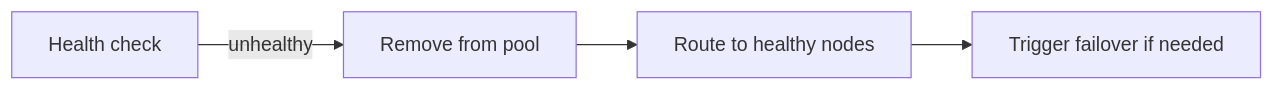
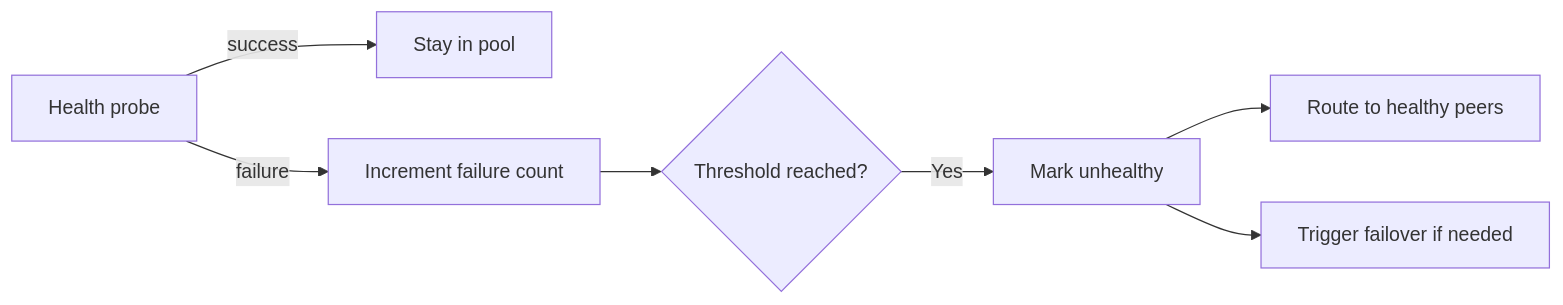
One commit to hareramcse/SystemDesign changed the sixth of 21 diagrams in 12-reliability-engineering/README.md. Above: the diagram before and after it, drawn with Mermaid. The commit also changed other lines of this file, not shown here.

````diff
--- a/12-reliability-engineering/README.md
+++ b/12-reliability-engineering/README.md
@@ -308,6 +221,9 @@
 ```mermaid
 flowchart LR
-    HC[Health check] -->|unhealthy| Remove[Remove from pool]
-    Remove --> Route[Route to healthy nodes]
-    Route --> Failover[Trigger failover if needed]
+    HC[Health probe] -->|success| Healthy[Stay in pool]
+    HC -->|failure| Count[Increment failure count]
+    Count --> Threshold{Threshold reached?}
+    Threshold -->|Yes| Remove[Mark unhealthy]
+    Remove --> Route[Route to healthy peers]
+    Remove --> Failover[Trigger failover if needed]
 ```
````
